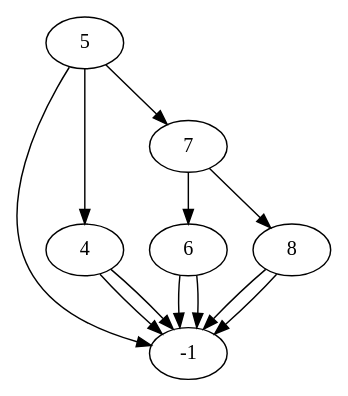
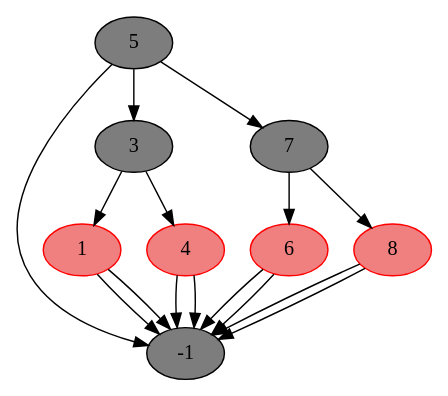
One commit to sswaccount/CLRS changed the diagram in 13.RedBlackTree/RB.dot. Above: the diagram before and after it, drawn with Graphviz. The commit also changed 24 other files, not shown here.

Commit message:
图更新

```diff
--- a/13.RedBlackTree/RB.dot
+++ b/13.RedBlackTree/RB.dot
@@ -1,13 +1,25 @@
 digraph Tree{
 5->-1
-5->4
+5 [style=filled,fillcolor=grey49,color=black]
+5->3
 5->7
+3 [style=filled,fillcolor=grey49,color=black]
+3->1
+3->4
+7 [style=filled,fillcolor=grey49,color=black]
+7->6
+7->8
+1 [style=filled,fillcolor=lightcoral,color=red]
+1->-1
+1->-1
+4 [style=filled,fillcolor=lightcoral,color=red]
 4->-1
 4->-1
-7->6
-7->8
+6 [style=filled,fillcolor=lightcoral,color=red]
 6->-1
 6->-1
+8 [style=filled,fillcolor=lightcoral,color=red]
 8->-1
 8->-1
+-1 [style=filled,fillcolor=grey49,color=black]
 }
```
